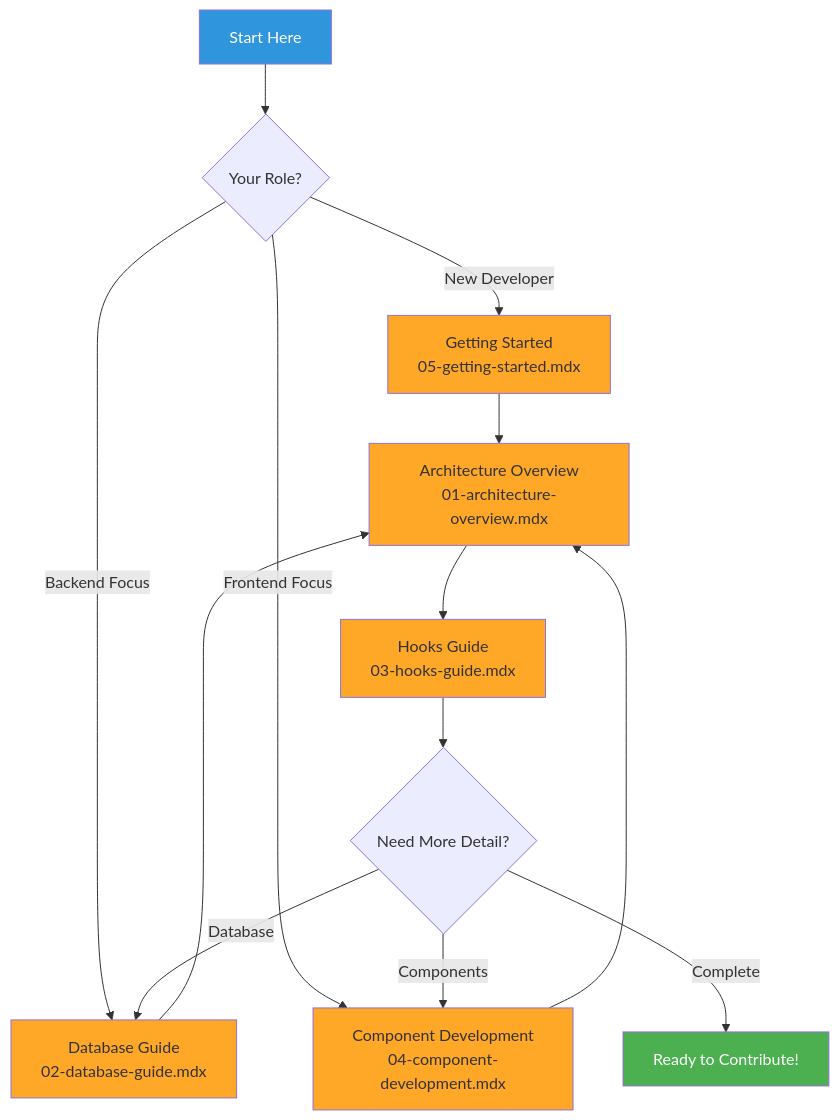
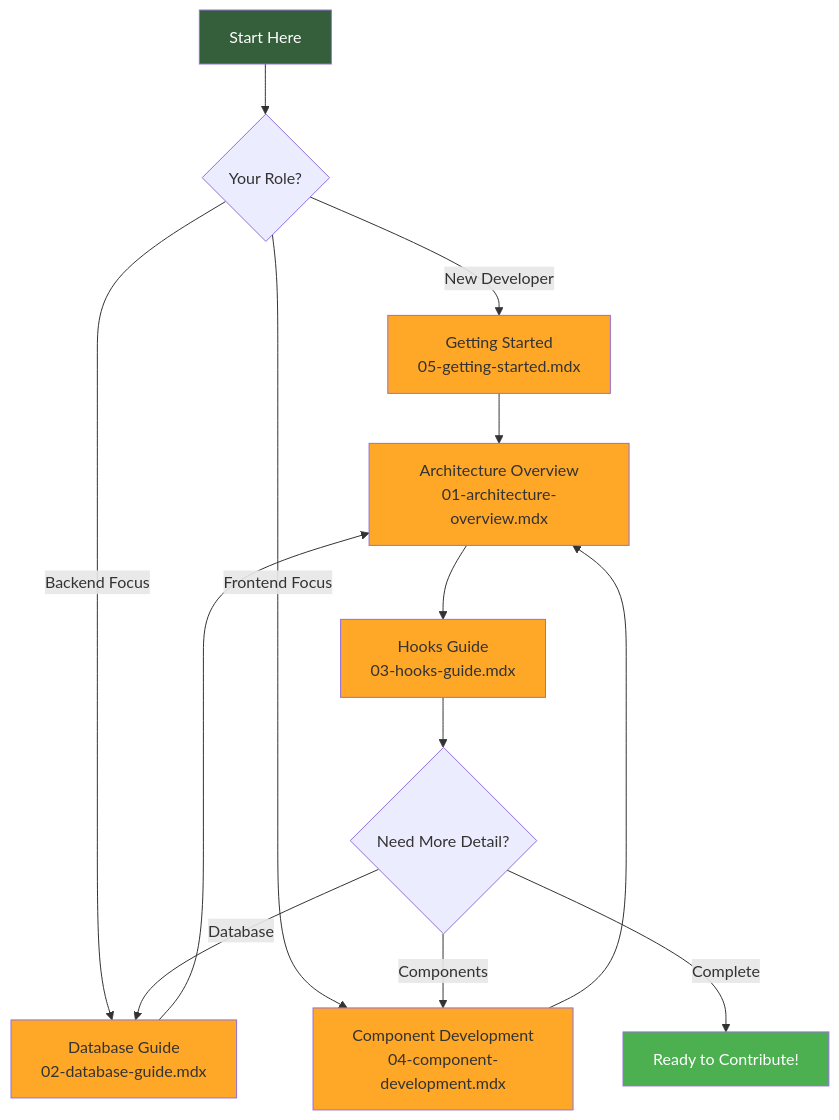
One commit to timhpark01/BasicBudget changed the diagram in docs/README.md. Above: the diagram before and after it, drawn with Mermaid. The commit also changed other lines of this file and 43 other files, not shown here.

````diff
--- a/docs/README.md
+++ b/docs/README.md
@@ -59,28 +59,28 @@
 ```mermaid
 graph TB
     Start[Start Here] --> Role{Your Role?}
 
     Role -->|New Developer| GS[Getting Started<br/>05-getting-started.mdx]
     Role -->|Backend Focus| DB[Database Guide<br/>02-database-guide.mdx]
     Role -->|Frontend Focus| Comp[Component Development<br/>04-component-development.mdx]
 
     GS --> Arch[Architecture Overview<br/>01-architecture-overview.mdx]
     DB --> Arch
     Comp --> Arch
 
     Arch --> Hooks[Hooks Guide<br/>03-hooks-guide.mdx]
 
     Hooks --> Advanced{Need More Detail?}
 
     Advanced -->|Database| DB
     Advanced -->|Components| Comp
     Advanced -->|Complete| Done[Ready to Contribute!]
 
-    style Start fill:#2f95dc,color:#fff
+    style Start fill:#355e3b,color:#fff
     style Done fill:#4CAF50,color:#fff
     style GS fill:#FFA726
     style DB fill:#FFA726
     style Comp fill:#FFA726
     style Arch fill:#FFA726
     style Hooks fill:#FFA726
 ```
````
